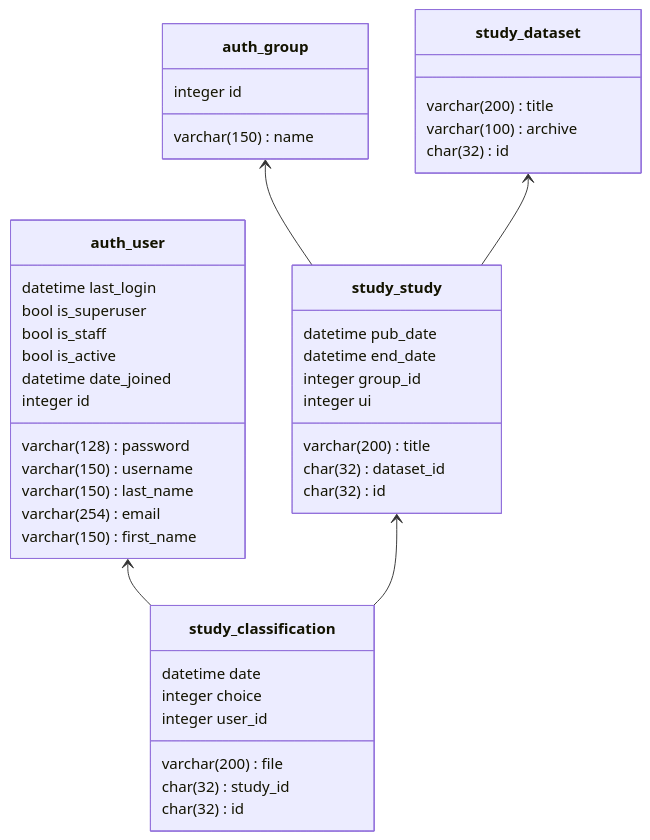
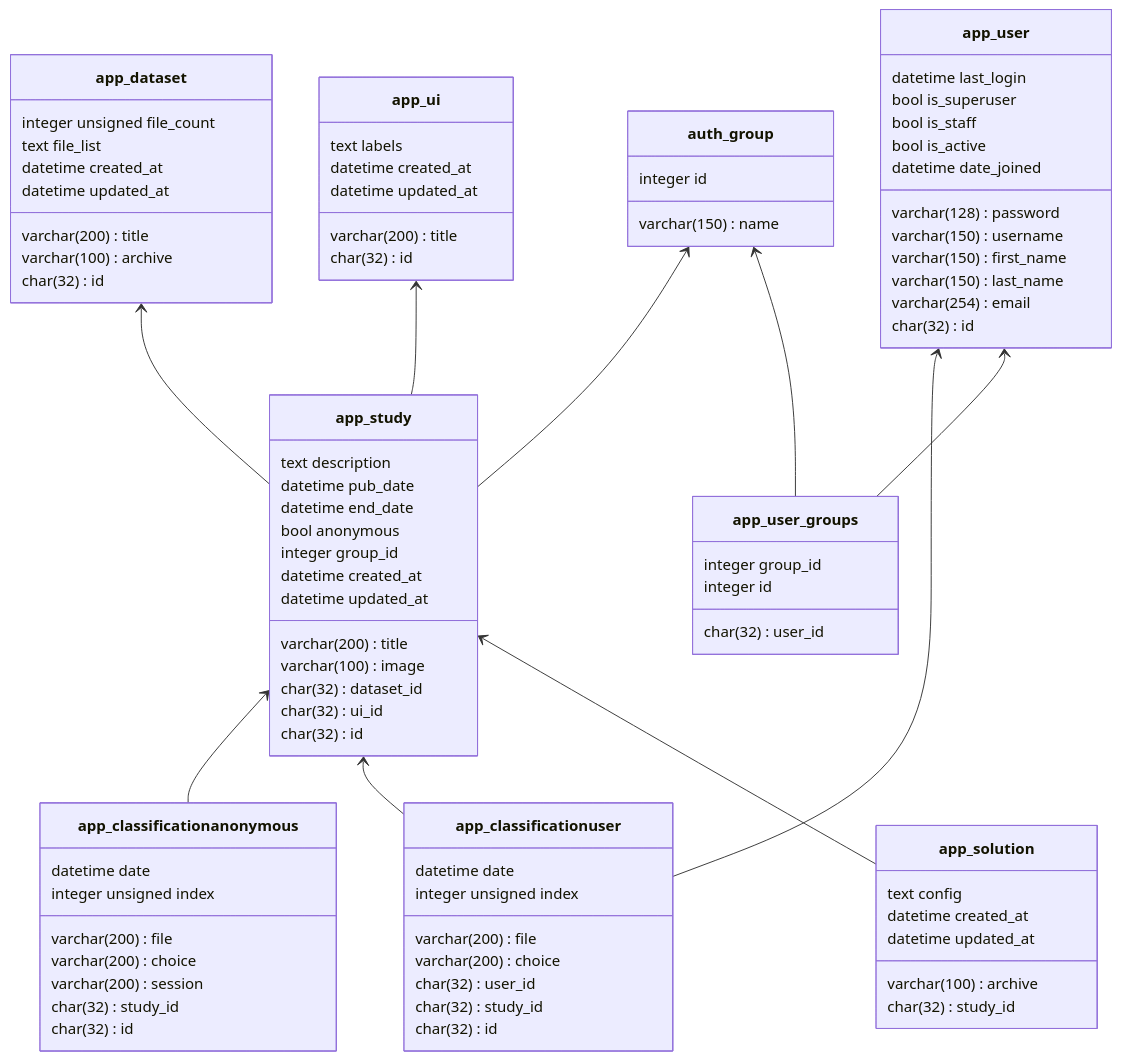
One commit to DeepMicroscopy/SWAN changed the diagram in docs/db_scheme.md. Above: the diagram before and after it, drawn with Mermaid. The commit also changed 3 other files, not shown here.

````diff
--- a/docs/db_scheme.md
+++ b/docs/db_scheme.md
@@ -1,48 +1,91 @@
 ```mermaid
 classDiagram
 direction BT
-class auth_group {
-   varchar(150) name
-   integer id
+class app_classificationanonymous {
+   datetime date
+   varchar(200) file
+   varchar(200) choice
+   integer unsigned index
+   varchar(200) session
+   char(32) study_id
+   char(32) id
 }
-class auth_user {
+class app_classificationuser {
+   datetime date
+   varchar(200) file
+   varchar(200) choice
+   integer unsigned index
+   char(32) user_id
+   char(32) study_id
+   char(32) id
+}
+class app_dataset {
+   varchar(200) title
+   varchar(100) archive
+   integer unsigned file_count
+   text file_list
+   datetime created_at
+   datetime updated_at
+   char(32) id
+}
+class app_solution {
+   varchar(100) archive
+   text config
+   datetime created_at
+   datetime updated_at
+   char(32) study_id
+}
+class app_study {
+   varchar(200) title
+   varchar(100) image
+   text description
+   datetime pub_date
+   datetime end_date
+   bool anonymous
+   char(32) dataset_id
+   integer group_id
+   char(32) ui_id
+   datetime created_at
+   datetime updated_at
+   char(32) id
+}
+class app_ui {
+   varchar(200) title
+   text labels
+   datetime created_at
+   datetime updated_at
+   char(32) id
+}
+class app_user {
    varchar(128) password
    datetime last_login
    bool is_superuser
    varchar(150) username
+   varchar(150) first_name
    varchar(150) last_name
    varchar(254) email
    bool is_staff
    bool is_active
    datetime date_joined
-   varchar(150) first_name
+   char(32) id
+}
+class app_user_groups {
+   char(32) user_id
+   integer group_id
    integer id
 }
-class study_classification {
-   datetime date
-   varchar(200) file
-   integer choice
-   char(32) study_id
-   integer user_id
-   char(32) id
-}
-class study_dataset {
-   varchar(200) title
-   varchar(100) archive
-   char(32) id
-}
-class study_study {
-   varchar(200) title
-   datetime pub_date
-   datetime end_date
-   char(32) dataset_id
-   integer group_id
-   integer ui
-   char(32) id
+class auth_group {
+   varchar(150) name
+   integer id
 }
 
-study_classification  -->  auth_user
-study_classification  -->  study_study
-study_study  -->  auth_group
-study_study  -->  study_dataset
+app_classificationanonymous  -->  app_study
+app_classificationuser  -->  app_study
+app_classificationuser  -->  app_user
+app_solution  -->  app_study
+app_study  -->  app_dataset
+app_study  -->  app_ui
+app_study  -->  auth_group
+app_user_groups  -->  app_user
+app_user_groups  -->  auth_group
 ```
````
